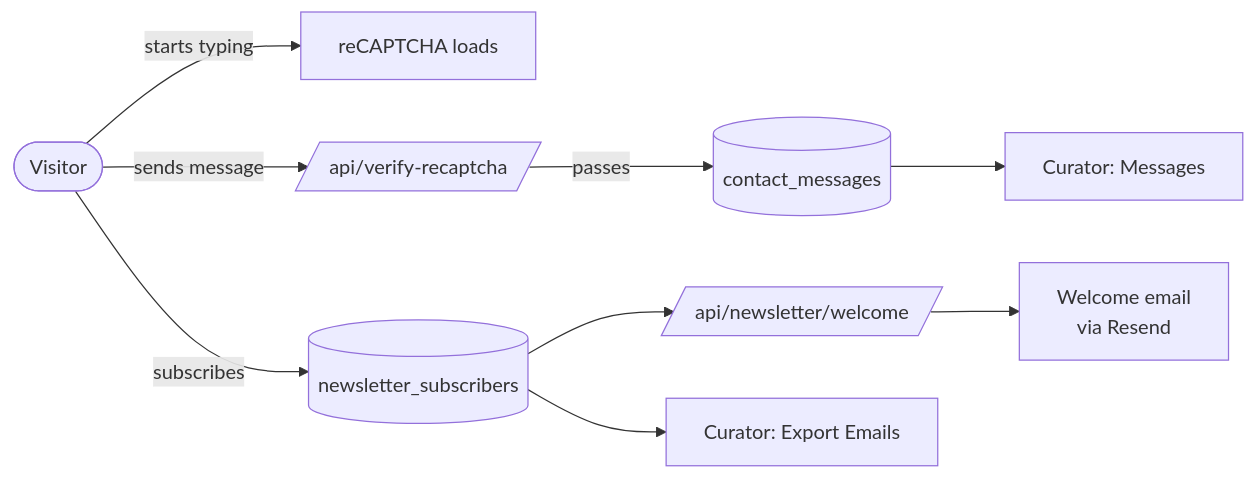
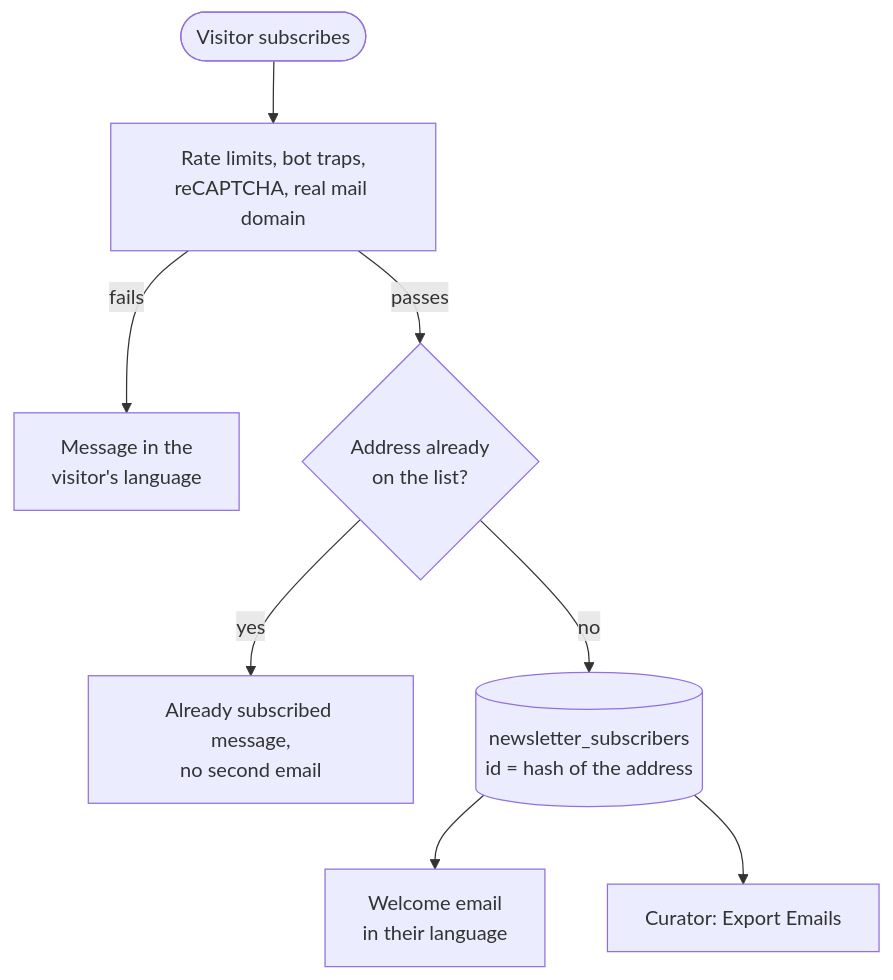
Before and after one commit to The-Dark-Ranger/Jeddah-Hub: the ninth of 12 diagrams in docs/HOW-IT-WORKS.md, drawn with Mermaid. The commit also changed other lines of this file and 3 other files, not shown here.

````diff
--- a/docs/HOW-IT-WORKS.md
+++ b/docs/HOW-IT-WORKS.md
@@ -197,7 +238,10 @@
 ```mermaid
-flowchart LR
-    V([Visitor]) -->|starts typing| RC[reCAPTCHA loads]
-    V -->|sends message| VR[/api/verify-recaptcha/] -->|passes| CM[(contact_messages)] --> CU[Curator: Messages]
-    V -->|subscribes| NS[(newsletter_subscribers)] --> W[/api/newsletter/welcome/] --> E[Welcome email<br/>via Resend]
-    NS --> X[Curator: Export Emails]
+flowchart TD
+    V([Visitor subscribes]) --> CHECKS[Rate limits, bot traps,<br/>reCAPTCHA, real mail domain]
+    CHECKS -->|fails| ERR[Message in the<br/>visitor's language]
+    CHECKS -->|passes| HAS{Address already<br/>on the list?}
+    HAS -->|yes| AL["Already subscribed message,<br/>no second email"]
+    HAS -->|no| ADD[(newsletter_subscribers<br/>id = hash of the address)]
+    ADD --> W[Welcome email<br/>in their language]
+    ADD --> X[Curator: Export Emails]
 ```
````
